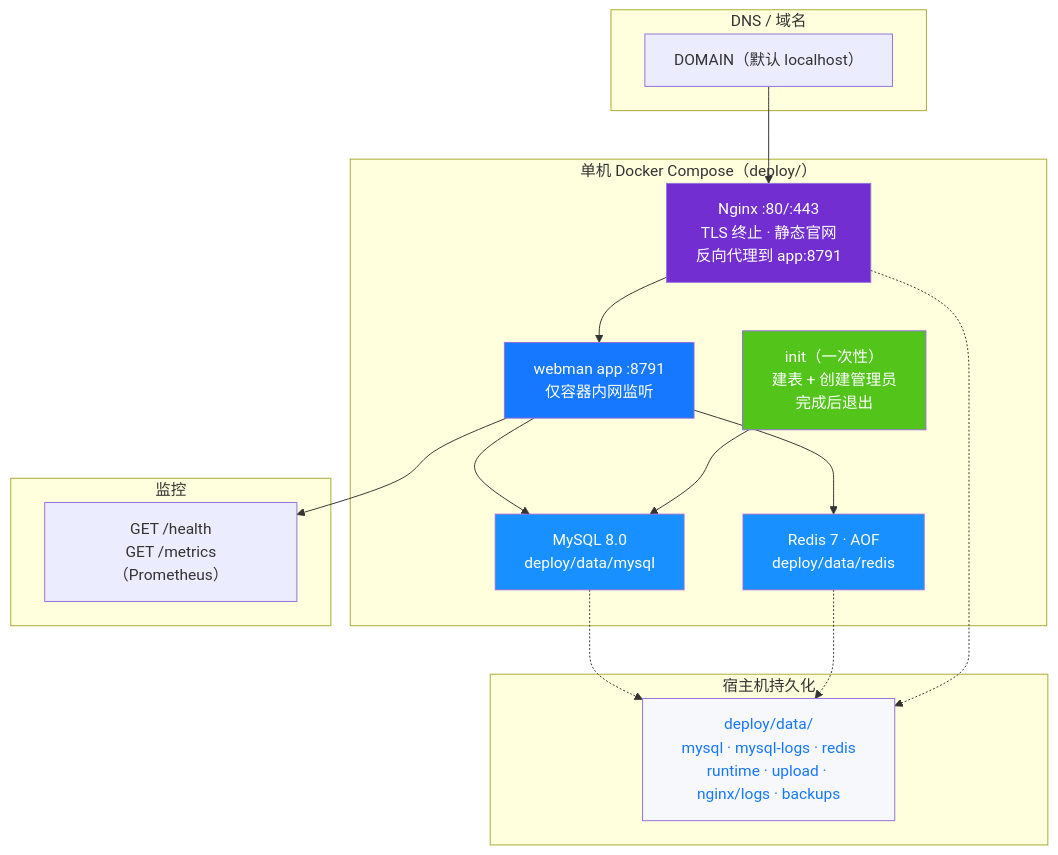
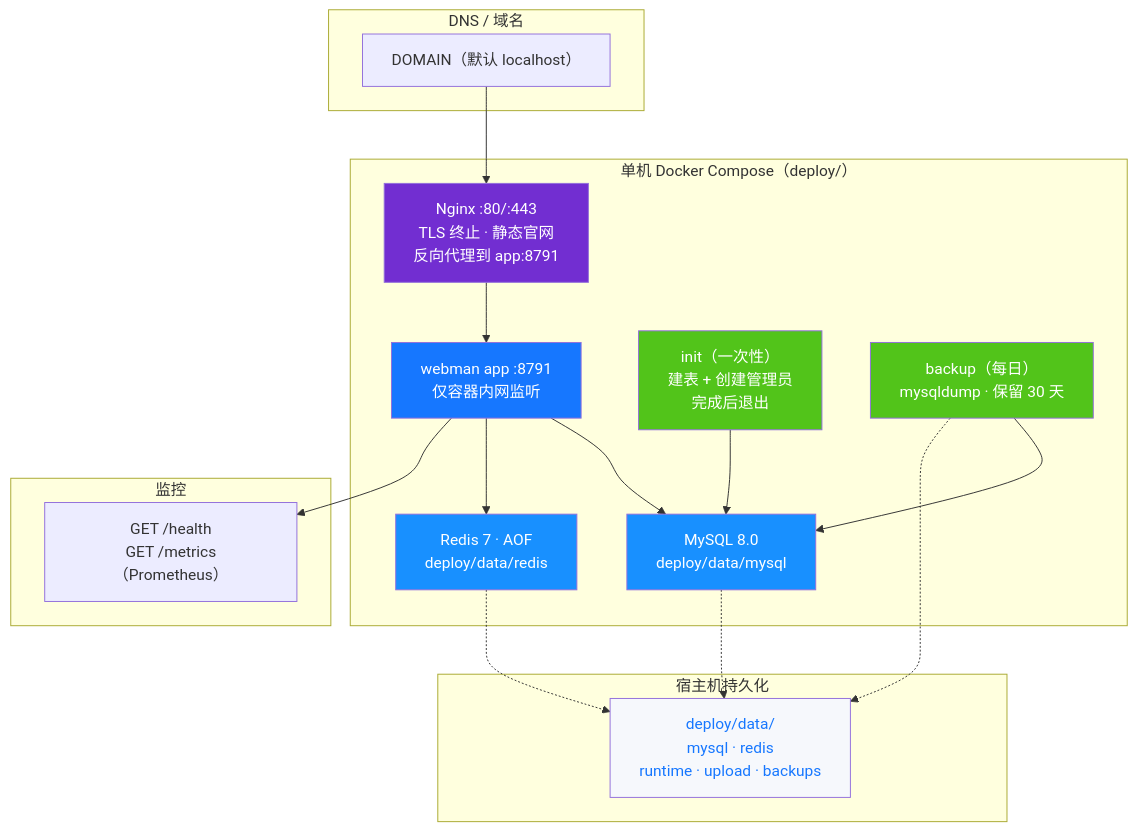
Diagram 14 of 14 in docs/ARCHITECTURE.md (erikwang2013/open-admin), drawn with Mermaid before and after one commit. The commit also changed other lines of this file and 49 other files, not shown here.

````diff
--- a/docs/ARCHITECTURE.md
+++ b/docs/ARCHITECTURE.md
@@ -634,39 +634,42 @@
 ```mermaid
 flowchart TB
     subgraph "DNS / 域名"
         DNS["DOMAIN（默认 localhost）"]
     end
 
     subgraph "单机 Docker Compose（deploy/）"
         NGX["Nginx :80/:443<br/>TLS 终止 · 静态官网<br/>反向代理到 app:8791"]
         WM["webman app :8791<br/>仅容器内网监听"]
         INIT["init（一次性）<br/>建表 + 创建管理员<br/>完成后退出"]
         MYSQL["MySQL 8.0<br/>deploy/data/mysql"]
         REDIS["Redis 7 · AOF<br/>deploy/data/redis"]
+        BACKUP["backup（每日）<br/>mysqldump · 保留 30 天"]
     end
 
     subgraph "宿主机持久化"
-        DATA["deploy/data/<br/>mysql · mysql-logs · redis<br/>runtime · upload · nginx/logs · backups"]
+        DATA["deploy/data/<br/>mysql · redis<br/>runtime · upload · backups"]
     end
 
     subgraph "监控"
         MON["GET /health<br/>GET /metrics（Prometheus）"]
     end
 
     DNS --> NGX
     NGX --> WM
     WM --> MYSQL
     WM --> REDIS
     INIT --> MYSQL
+    BACKUP --> MYSQL
     MYSQL -.-> DATA
     REDIS -.-> DATA
-    NGX -.-> DATA
+    BACKUP -.-> DATA
     WM --> MON
 
     style NGX fill:#722ED1,color:#fff
     style WM fill:#1677FF,color:#fff
     style INIT fill:#52C41A,color:#fff
     style MYSQL fill:#1890FF,color:#fff
     style REDIS fill:#1890FF,color:#fff
+    style BACKUP fill:#52C41A,color:#fff
     style DATA fill:#F6F8FC,color:#1677FF
 ```
````
